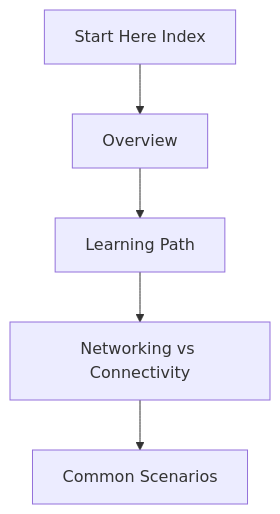
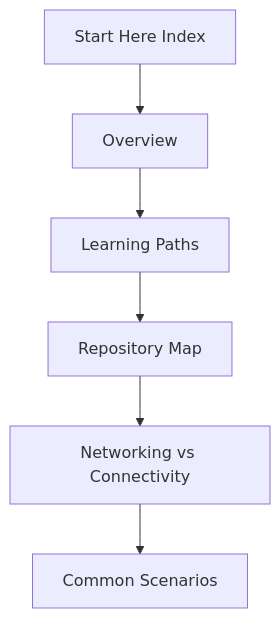
One commit to yeongseon/azure-networking-practical-guide changed the diagram in docs/start-here/index.md. Above: the diagram before and after it, drawn with Mermaid. The commit also changed other lines of this file and 8 other files, not shown here.

````diff
--- a/docs/start-here/index.md
+++ b/docs/start-here/index.md
@@ -29,7 +30,8 @@
 ```mermaid
 graph TD
     IN[Start Here Index] --> OV[Overview]
-    OV --> LP[Learning Path]
-    LP --> NC[Networking vs Connectivity]
+    OV --> LP[Learning Paths]
+    LP --> RM[Repository Map]
+    RM --> NC[Networking vs Connectivity]
     NC --> CS[Common Scenarios]
 ```
````
